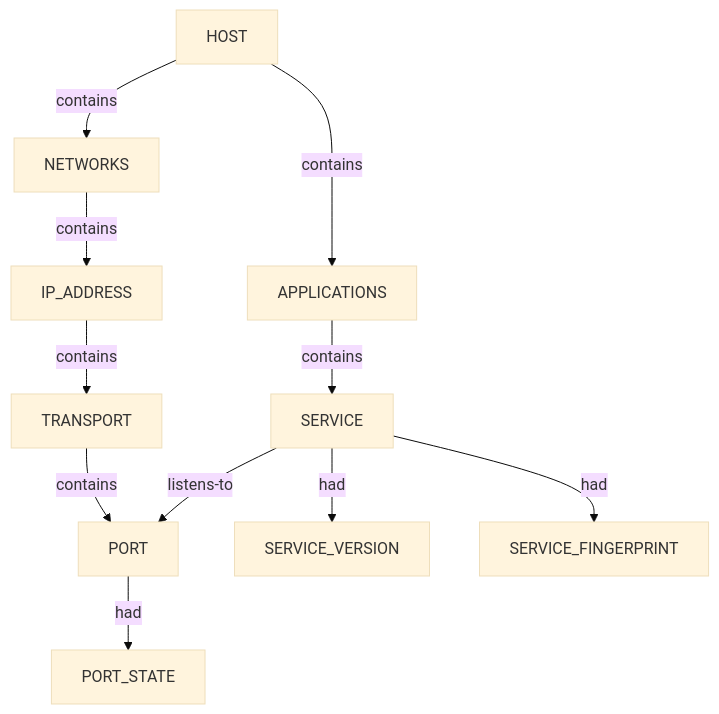
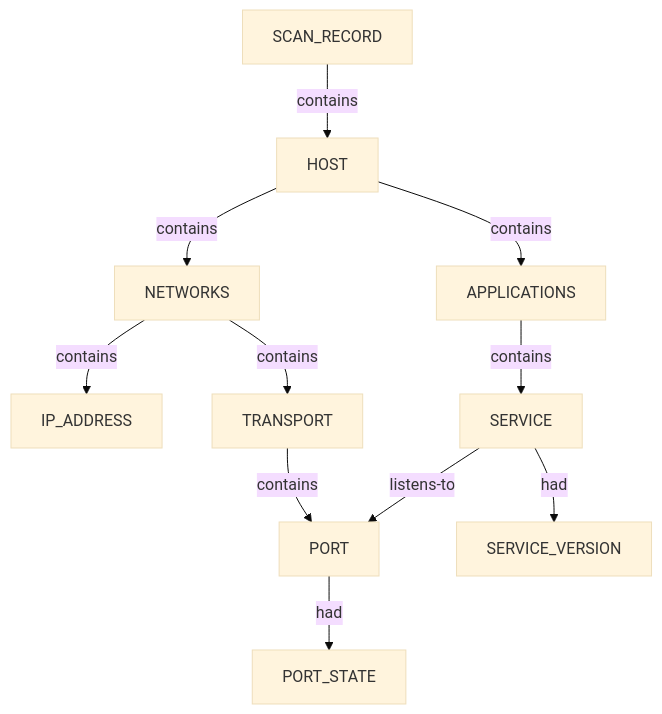
Before and after one commit to brettforbes/spiderfeet: the seventh of 13 diagrams in .docs/docs-for-cli-tools/_Current_Ontology.md, drawn with Mermaid (base theme). The commit also changed other lines of this file and 56 other files, not shown here.

````diff
--- a/.docs/docs-for-cli-tools/_Current_Ontology.md
+++ b/.docs/docs-for-cli-tools/_Current_Ontology.md
@@ -199,23 +202,23 @@
 ```mermaid
 flowchart TD
-  host["HOST"]
-  apps["APPLICATIONS"]
-  nets["NETWORKS"]
-  ip["IP_ADDRESS"]
-  transport["TRANSPORT"]
-  port["PORT"]
-  state["PORT_STATE"]
-  svc["SERVICE"]
-  ver["SERVICE_VERSION"]
-  fp["SERVICE_FINGERPRINT"]
-  host -->|contains| apps
-  host -->|contains| nets
-  nets -->|contains| ip
-  ip -->|contains| transport
-  transport -->|contains| port
-  port -->|had| state
-  apps -->|contains| svc
-  svc -->|listens-to| port
-  svc -->|had| ver
-  svc -->|had| fp
+  scan_record_1["SCAN_RECORD"]
+  host_2["HOST"]
+  networks_3["NETWORKS"]
+  ip_address_4["IP_ADDRESS"]
+  transport_5["TRANSPORT"]
+  port_6["PORT"]
+  port_state_7["PORT_STATE"]
+  applications_8["APPLICATIONS"]
+  service_9["SERVICE"]
+  service_version_10["SERVICE_VERSION"]
+  scan_record_1 -->|contains| host_2
+  host_2 -->|contains| networks_3
+  networks_3 -->|contains| ip_address_4
+  networks_3 -->|contains| transport_5
+  transport_5 -->|contains| port_6
+  port_6 -->|had| port_state_7
+  host_2 -->|contains| applications_8
+  applications_8 -->|contains| service_9
+  service_9 -->|listens-to| port_6
+  service_9 -->|had| service_version_10
 ```
````
